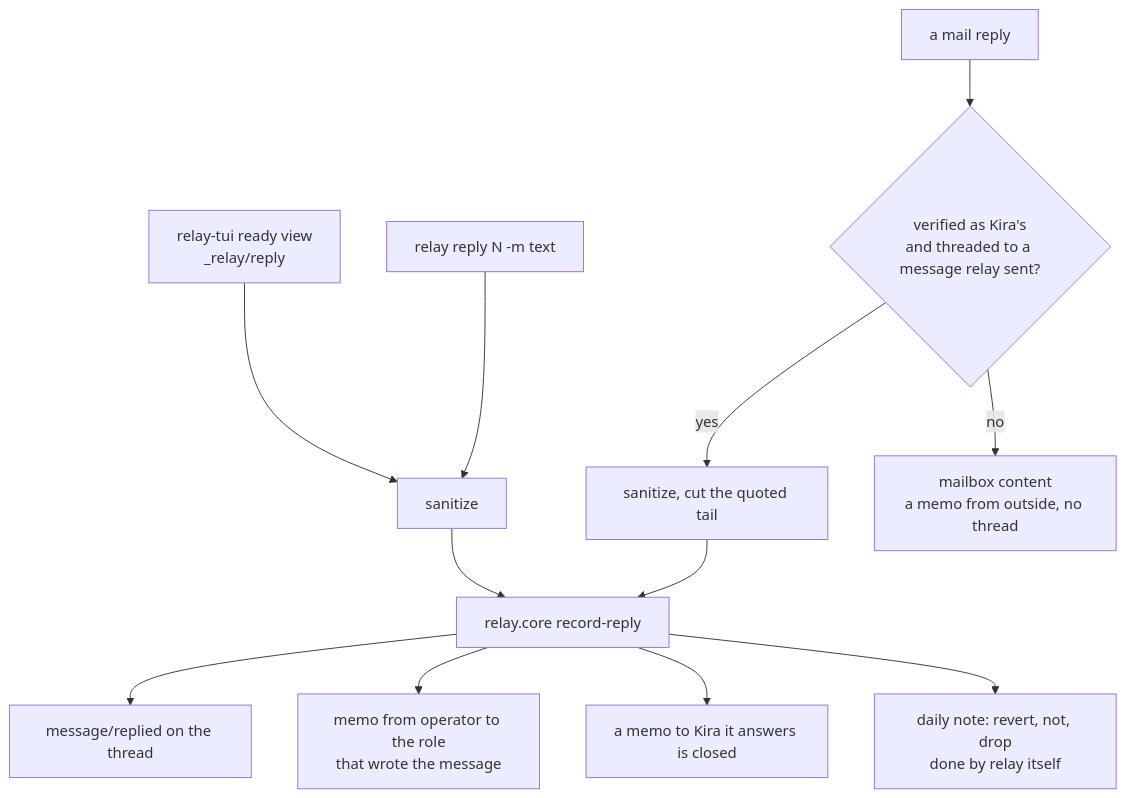
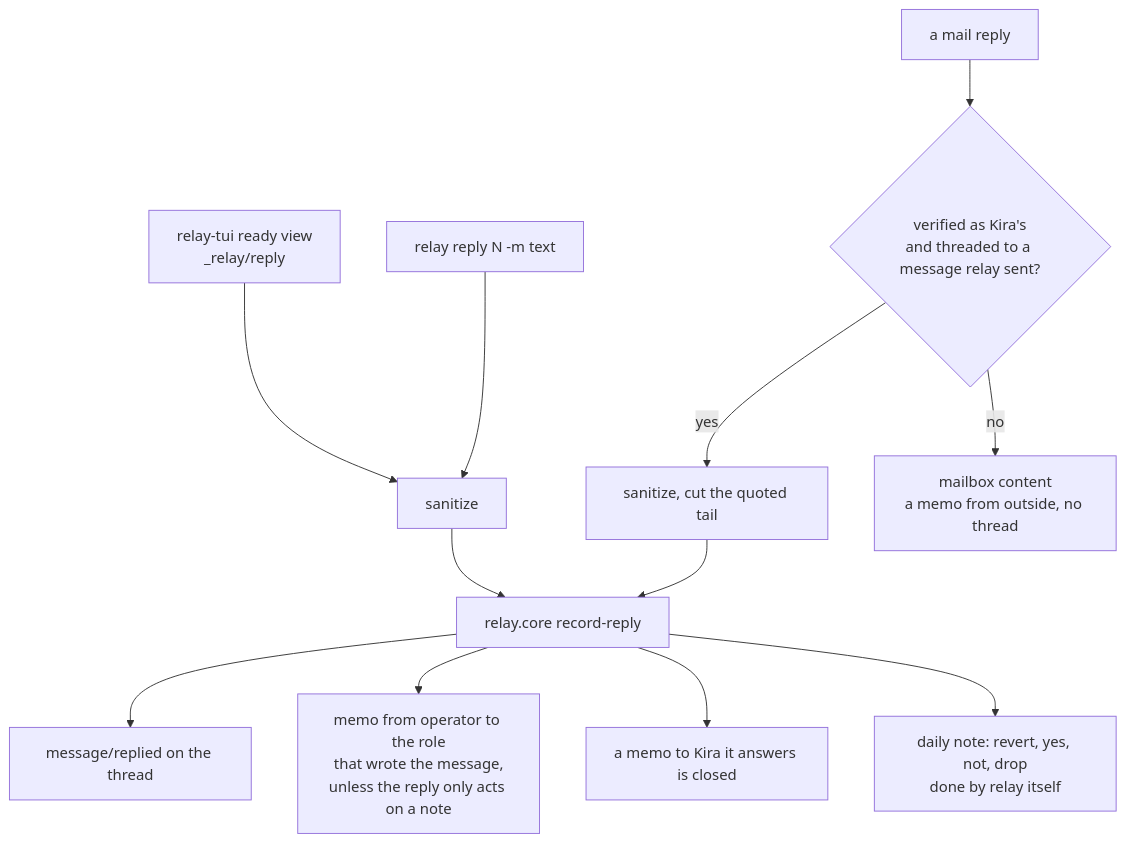
The ninth of 16 diagrams in docs/architecture.md (kirahowe/relay), drawn with Mermaid before and after one commit. The commit also changed other lines of this file, not shown here.

First line of the commit message:
Bring the architecture page up to date with main

````diff
--- a/docs/architecture.md
+++ b/docs/architecture.md
@@ -335,14 +407,14 @@
 ```mermaid
 flowchart TB
     tui["relay-tui ready view<br/>_relay/reply"] --> clean1["sanitize"]
     cli["relay reply N -m text"] --> clean1
     mail["a mail reply"] --> v{"verified as Kira's<br/>and threaded to a message relay sent?"}
     v -->|"yes"| clean2["sanitize, cut the quoted tail"]
     v -->|"no"| box["mailbox content<br/>a memo from outside, no thread"]
     clean1 --> rr["relay.core record-reply"]
     clean2 --> rr
     rr --> replied["message/replied on the thread"]
-    rr --> m["memo from operator to the role<br/>that wrote the message"]
+    rr --> m["memo from operator to the role<br/>that wrote the message,<br/>unless the reply only acts on a note"]
     rr --> close["a memo to Kira it answers is closed"]
-    rr --> acts["daily note: revert, not, drop<br/>done by relay itself"]
+    rr --> acts["daily note: revert, yes, not, drop<br/>done by relay itself"]
 ```
````
